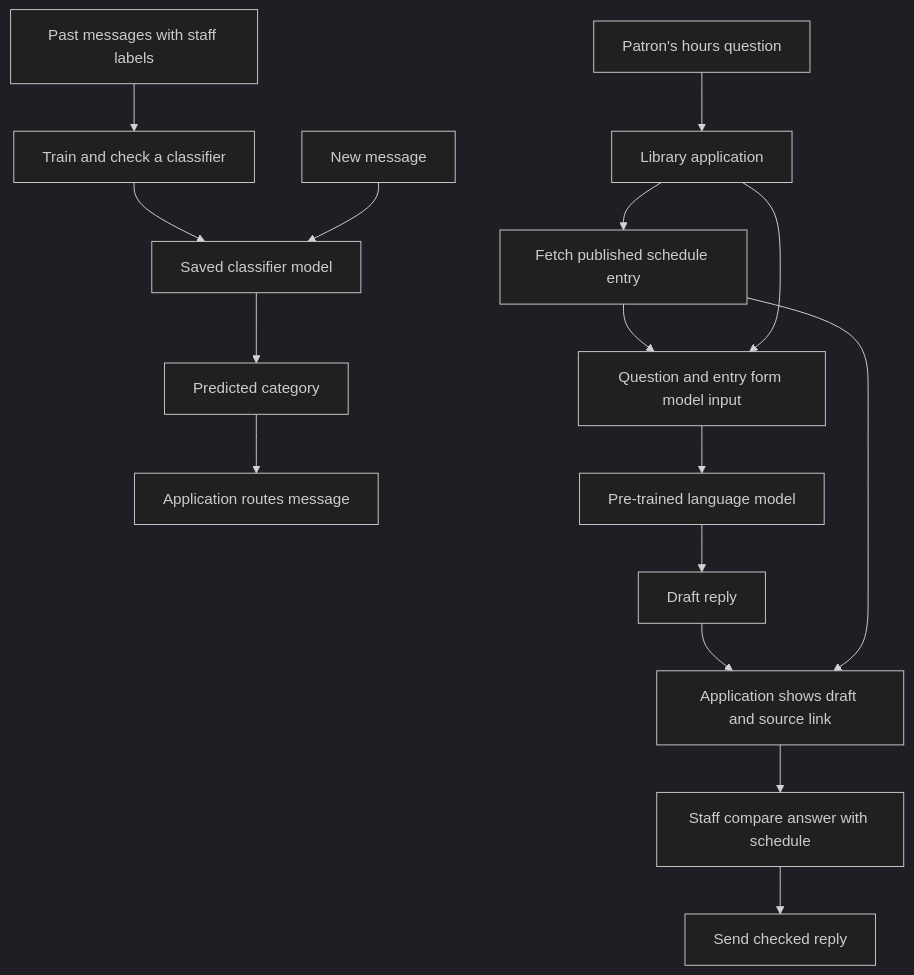
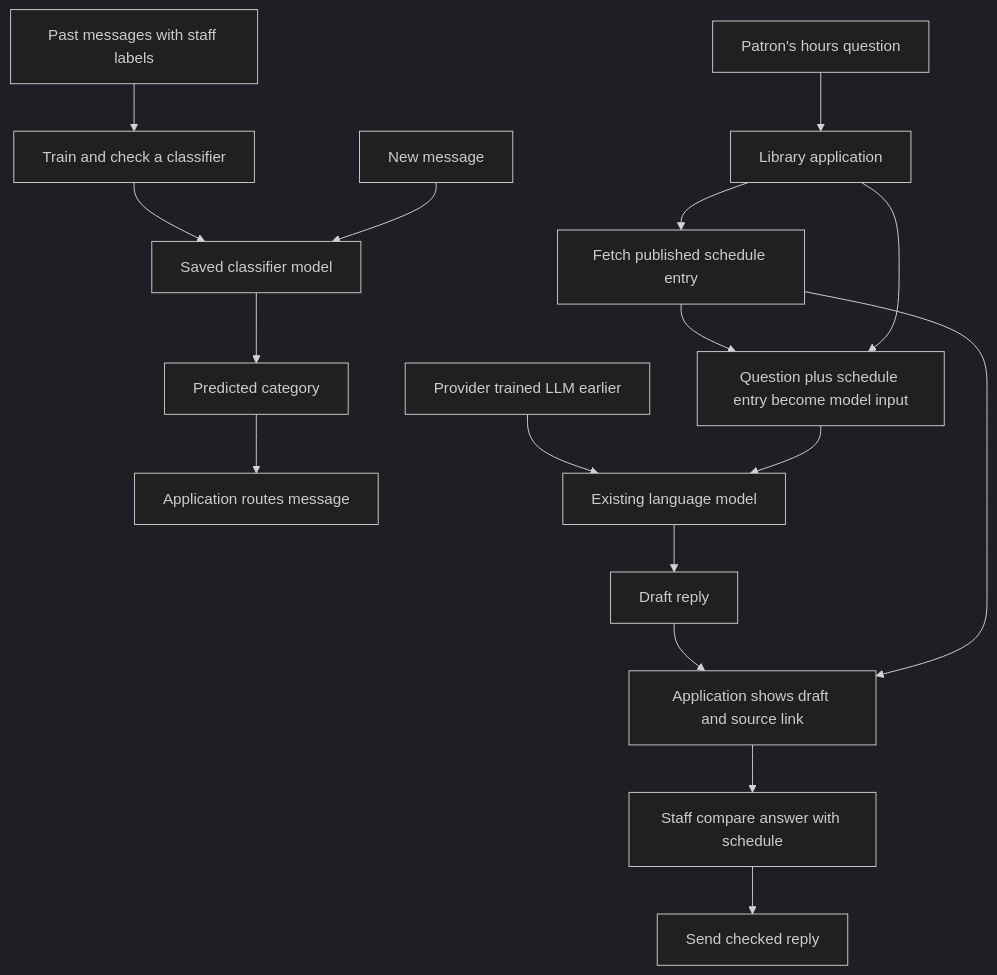
Before and after one commit to David-A18/MY-humble-knowledge-for-everyone: the diagram in knowledge/ai/ai-fundamentals.md, drawn with Mermaid (dark theme). The commit also changed other lines of this file and 6 other files, not shown here.

````diff
--- a/knowledge/ai/ai-fundamentals.md
+++ b/knowledge/ai/ai-fundamentals.md
@@ -161,18 +204,19 @@
 ```mermaid
 flowchart TD
     past[Past messages with staff labels] --> training[Train and check a classifier]
     training --> classifier[Saved classifier model]
     incoming[New message] --> classifier
     classifier --> category[Predicted category]
     category --> queue[Application routes message]
-    visitor[Patron's hours question] --> assistant[Library application]
-    assistant --> fetch[Fetch published schedule entry]
-    fetch --> prompt[Question and entry form model input]
-    assistant --> prompt
-    prompt --> llm[Pre-trained language model]
+    provider[Provider trained LLM earlier] --> llm[Existing language model]
+    visitor[Patron's hours question] --> app[Library application]
+    app --> fetch[Fetch published schedule entry]
+    fetch --> prompt[Question plus schedule entry become model input]
+    app --> prompt
+    prompt --> llm
     llm --> draft[Draft reply]
     draft --> show[Application shows draft and source link]
     fetch --> show
     show --> review[Staff compare answer with schedule]
     review --> send[Send checked reply]
 ```
````
